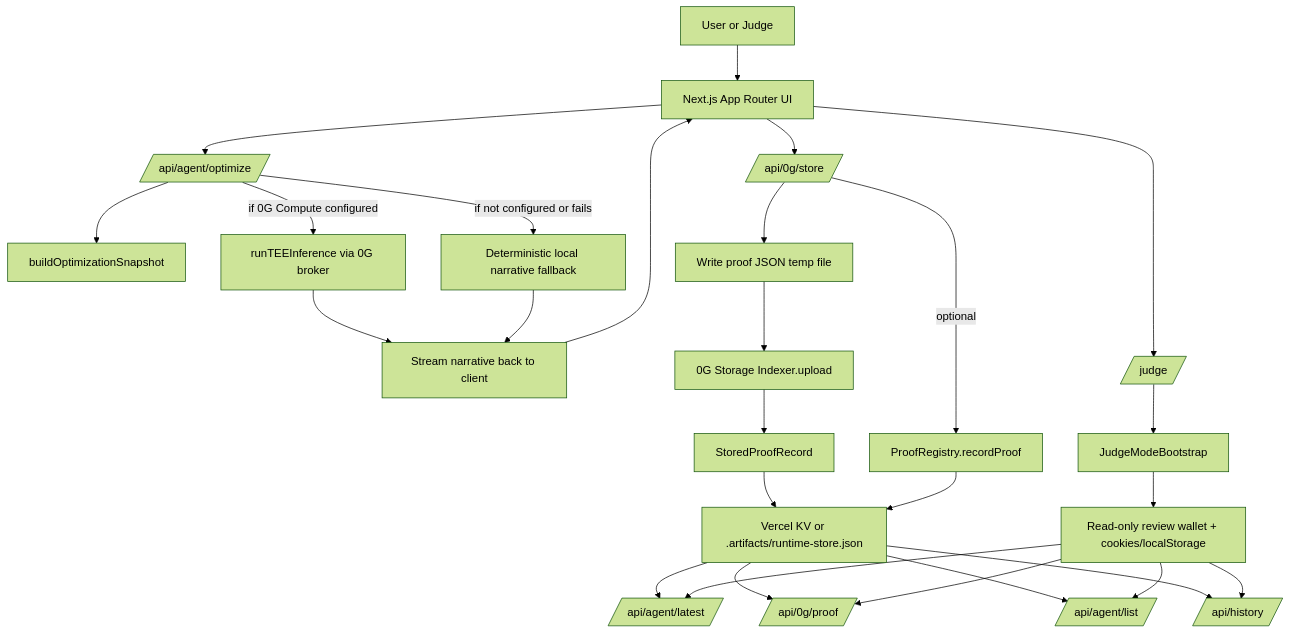
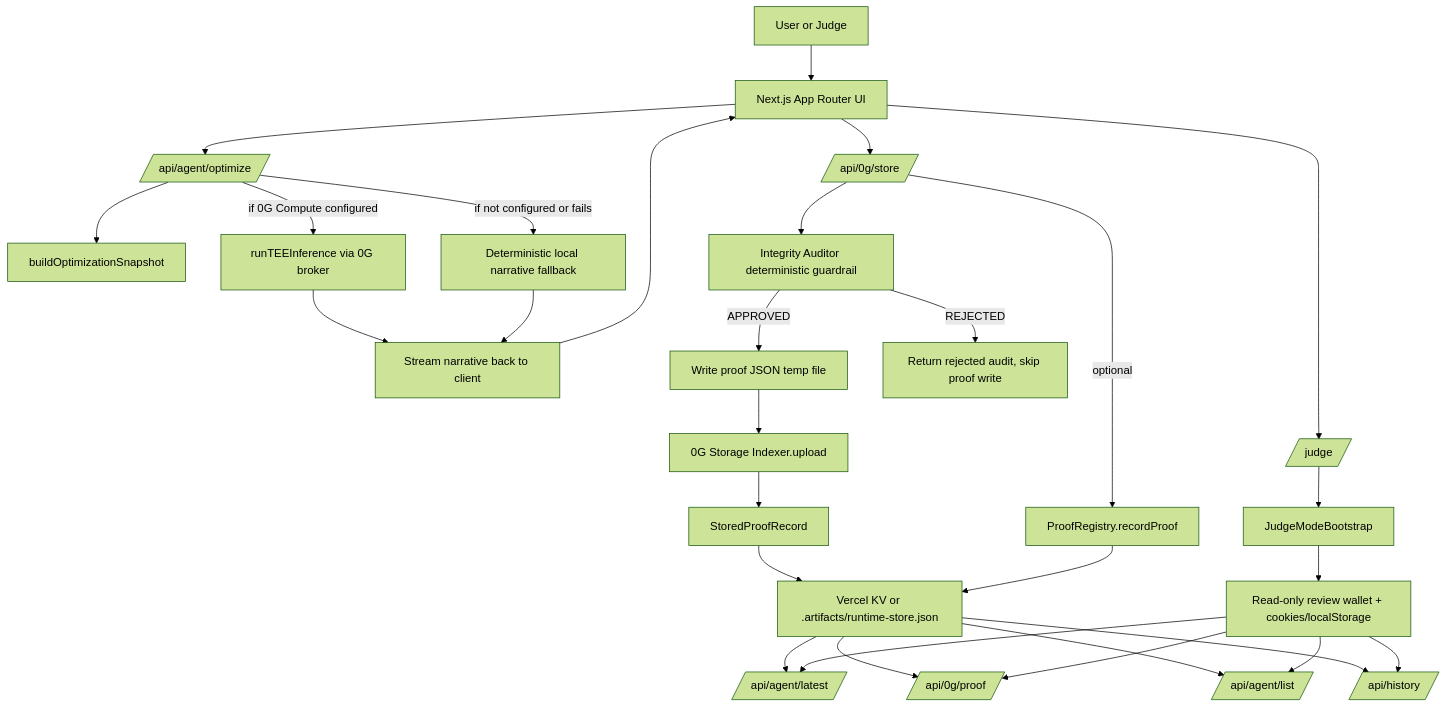
The diagram in README.md (clawhubs/yieldboost), drawn with Mermaid (forest theme) before and after one commit. The commit also changed other lines of this file and 16 other files, not shown here.

Commit message:
Add deterministic integrity auditor guardrail

````diff
--- a/README.md
+++ b/README.md
@@ -139,34 +142,36 @@
 ```mermaid
 flowchart TD
     U[User or Judge] --> UI[Next.js App Router UI]
 
     UI --> OPT[/api/agent/optimize/]
     OPT --> SNAP[buildOptimizationSnapshot]
     OPT -->|if 0G Compute configured| TEE[runTEEInference via 0G broker]
     OPT -->|if not configured or fails| FALLBACK[Deterministic local narrative fallback]
     TEE --> STREAM[Stream narrative back to client]
     FALLBACK --> STREAM
     STREAM --> UI
 
     UI --> STORE[/api/0g/store/]
-    STORE --> JSON[Write proof JSON temp file]
+    STORE --> AUDIT[Integrity Auditor deterministic guardrail]
+    AUDIT -->|APPROVED| JSON[Write proof JSON temp file]
+    AUDIT -->|REJECTED| BLOCK[Return rejected audit, skip proof write]
     JSON --> ZGS[0G Storage Indexer.upload]
     ZGS --> PROOF[StoredProofRecord]
     STORE -->|optional| REG[ProofRegistry.recordProof]
 
     PROOF --> RUNTIME[Vercel KV or .artifacts/runtime-store.json]
     REG --> RUNTIME
 
     RUNTIME --> LATEST[/api/agent/latest/]
     RUNTIME --> PROOFAPI[/api/0g/proof/]
     RUNTIME --> LIST[/api/agent/list/]
     RUNTIME --> HISTORY[/api/history/]
 
     UI --> JUDGE[/judge/]
     JUDGE --> BOOT[JudgeModeBootstrap]
     BOOT --> REVIEW[Read-only review wallet + cookies/localStorage]
     REVIEW --> LATEST
     REVIEW --> PROOFAPI
     REVIEW --> HISTORY
     REVIEW --> LIST
 ```
````
